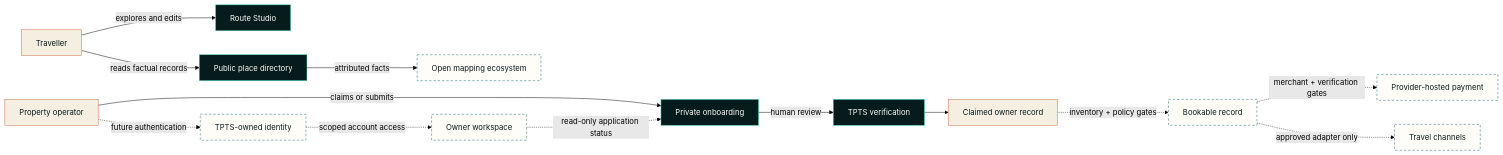
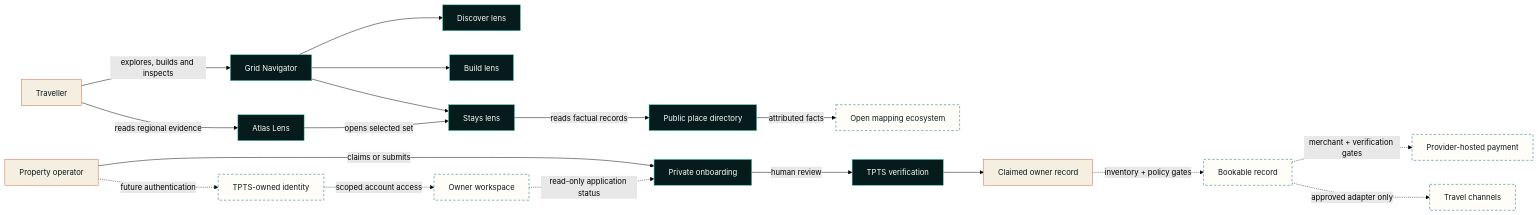
One commit to freeman-ipumbu/tpts-grid-case-study changed the first of 2 diagrams in docs/architecture.md. Above: the diagram before and after it, drawn with Mermaid (forest theme). The commit also changed other lines of this file and 3 other files, not shown here.

Commit message:
docs: document one-map Grid architecture

````diff
--- a/docs/architecture.md
+++ b/docs/architecture.md
@@ -29,22 +31,27 @@
 ```mermaid
 flowchart LR
-    traveller[Traveller] -->|explores and edits| route[Route Studio]
-    traveller -->|reads factual records| directory[Public place directory]
+    traveller[Traveller] -->|explores, builds and inspects| navigator[Grid Navigator]
+    navigator --> discover[Discover lens]
+    navigator --> build[Build lens]
+    navigator --> stays[Stays lens]
+    traveller -->|reads regional evidence| atlas[Atlas Lens]
+    atlas -->|opens selected set| stays
+    stays -->|reads factual records| directory[Public place directory]
     host[Property operator] -->|claims or submits| onboarding[Private onboarding]
     host -. future authentication .-> ownerIdentity[TPTS-owned identity]
     ownerIdentity -. scoped account access .-> workspace[Owner workspace]
     workspace -. read-only application status .-> onboarding
     onboarding -->|human review| ops[TPTS verification]
     directory -->|attributed facts| maps[Open mapping ecosystem]
     ops --> claimed[Claimed owner record]
     claimed -. inventory + policy gates .-> bookable[Bookable record]
     bookable -. merchant + verification gates .-> payment[Provider-hosted payment]
     bookable -. approved adapter only .-> channels[Travel channels]
 
     classDef core fill:#061b1c,stroke:#42d5bd,color:#fffdf7;
     classDef human fill:#f5efe2,stroke:#ce6842,color:#061b1c;
     classDef external fill:#fffdf7,stroke:#0d6872,color:#061b1c,stroke-dasharray:5 4;
-    class route,directory,onboarding,ops core;
+    class navigator,discover,build,stays,atlas,directory,onboarding,ops core;
     class traveller,host,claimed human;
     class maps,ownerIdentity,workspace,bookable,payment,channels external;
 ```
````
